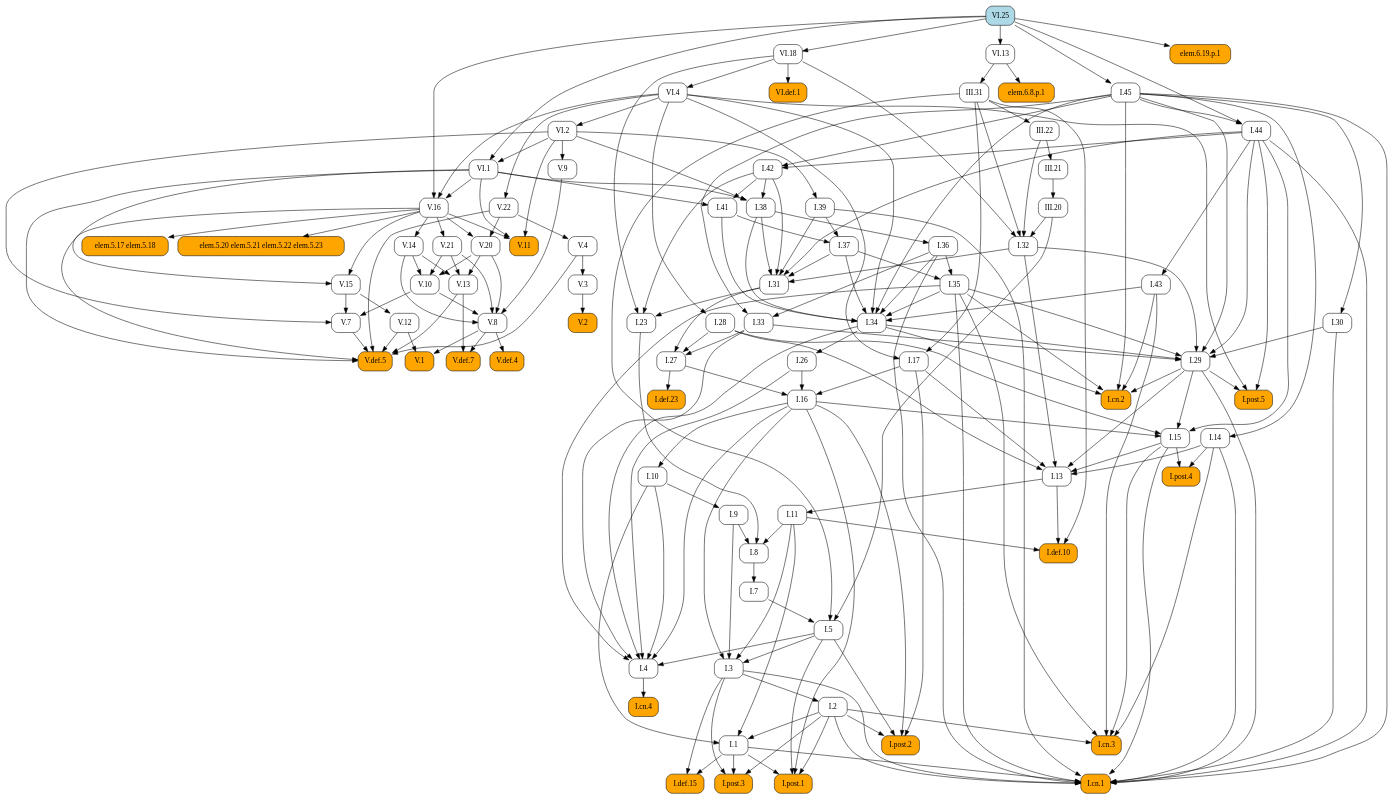
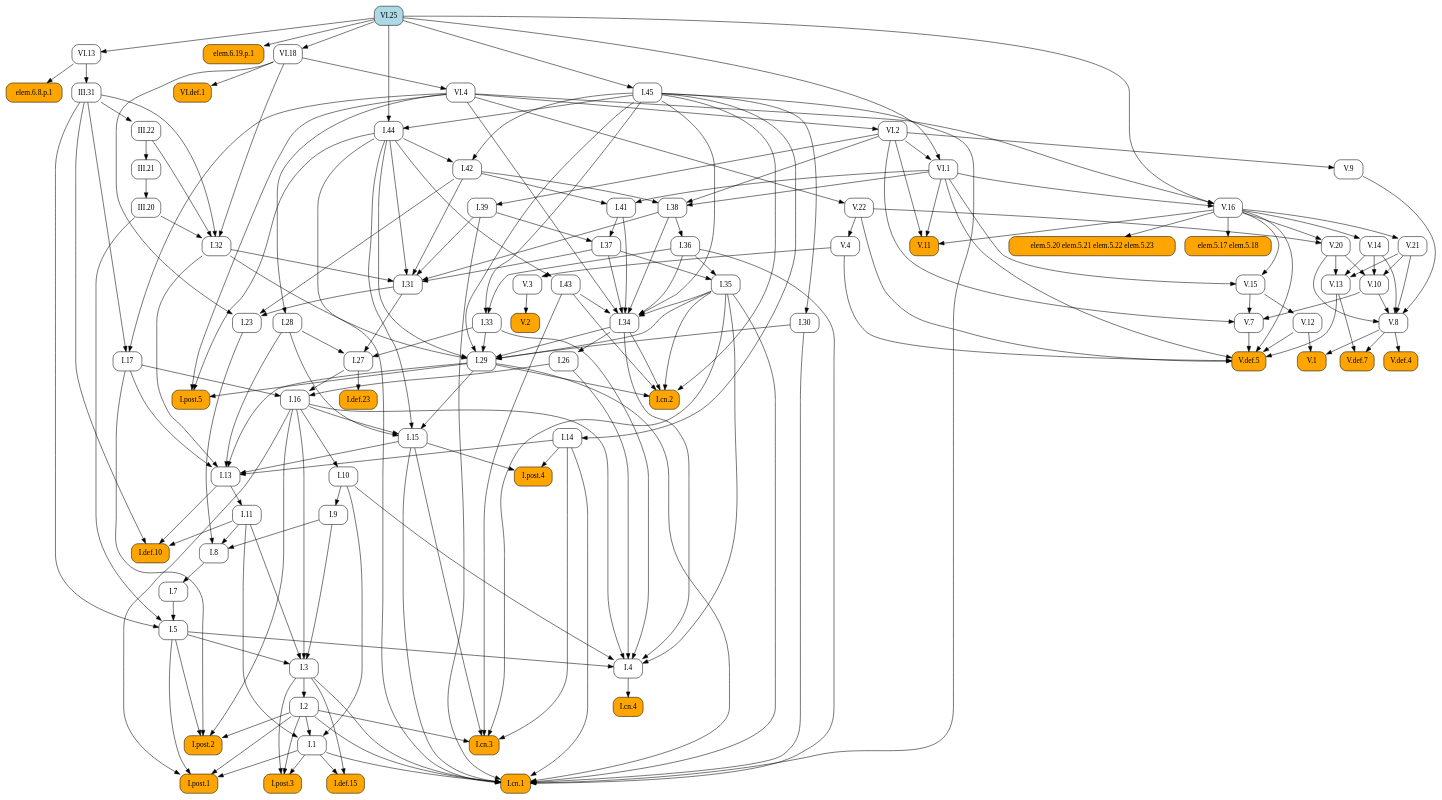
One commit to geometor/elements changed the diagram in docsrc/elements2/VI/25/index.rst. Above: the diagram before and after it, drawn with Graphviz. The commit also changed other lines of this file and 171 other files, not shown here.

```diff
--- a/docsrc/elements2/VI/25/index.rst
+++ b/docsrc/elements2/VI/25/index.rst
@@ -51,178 +51,172 @@
    digraph {
      rankdir="TB";
      node [shape=box, style=rounded];
+     "I.8" [URL="/elements2/I/8/", target="_top"];
+     "V.20" [URL="/elements2/V/20/", target="_top"];
+     "I.36" [URL="/elements2/I/36/", target="_top"];
+     "V.def.5" [style="rounded,filled", fillcolor=orange, URL="/elements2/V/def.5/", target="_top"];
+     "VI.13" [URL="/elements2/VI/13/", target="_top"];
+     "I.38" [URL="/elements2/I/38/", target="_top"];
+     "I.post.5" [style="rounded,filled", fillcolor=orange, URL="/elements2/I/post.5/", target="_top"];
+     "I.def.10" [style="rounded,filled", fillcolor=orange, URL="/elements2/I/def.10/", target="_top"];
+     "I.30" [URL="/elements2/I/30/", target="_top"];
+     "I.cn.2" [style="rounded,filled", fillcolor=orange, URL="/elements2/I/cn.2/", target="_top"];
+     "elem.6.19.p.1" [style="rounded,filled", fillcolor=orange];
+     "III.31" [URL="/elements2/III/31/", target="_top"];
+     "I.31" [URL="/elements2/I/31/", target="_top"];
+     "I.43" [URL="/elements2/I/43/", target="_top"];
+     "I.post.2" [style="rounded,filled", fillcolor=orange, URL="/elements2/I/post.2/", target="_top"];
+     "I.def.23" [style="rounded,filled", fillcolor=orange, URL="/elements2/I/def.23/", target="_top"];
+     "VI.25" [style="rounded,filled", fillcolor=lightblue, URL="/elements2/VI/25/", target="_top"];
+     "I.26" [URL="/elements2/I/26/", target="_top"];
+     "elem.6.8.p.1" [style="rounded,filled", fillcolor=orange];
+     "V.3" [URL="/elements2/V/3/", target="_top"];
+     "I.cn.3" [style="rounded,filled", fillcolor=orange, URL="/elements2/I/cn.3/", target="_top"];
+     "III.20" [URL="/elements2/III/20/", target="_top"];
+     "V.2" [style="rounded,filled", fillcolor=orange, URL="/elements2/V/2/", target="_top"];
+     "V.12" [URL="/elements2/V/12/", target="_top"];
+     "V.22" [URL="/elements2/V/22/", target="_top"];
+     "VI.18" [URL="/elements2/VI/18/", target="_top"];
+     "I.41" [URL="/elements2/I/41/", target="_top"];
+     "I.35" [URL="/elements2/I/35/", target="_top"];
+     "I.28" [URL="/elements2/I/28/", target="_top"];
+     "I.27" [URL="/elements2/I/27/", target="_top"];
+     "I.4" [URL="/elements2/I/4/", target="_top"];
+     "I.44" [URL="/elements2/I/44/", target="_top"];
+     "V.8" [URL="/elements2/V/8/", target="_top"];
+     "VI.2" [URL="/elements2/VI/2/", target="_top"];
+     "I.39" [URL="/elements2/I/39/", target="_top"];
+     "I.15" [URL="/elements2/I/15/", target="_top"];
+     "I.34" [URL="/elements2/I/34/", target="_top"];
+     "I.post.3" [style="rounded,filled", fillcolor=orange, URL="/elements2/I/post.3/", target="_top"];
+     "I.32" [URL="/elements2/I/32/", target="_top"];
+     "V.def.4" [style="rounded,filled", fillcolor=orange, URL="/elements2/V/def.4/", target="_top"];
+     "I.14" [URL="/elements2/I/14/", target="_top"];
+     "I.post.1" [style="rounded,filled", fillcolor=orange, URL="/elements2/I/post.1/", target="_top"];
+     "I.33" [URL="/elements2/I/33/", target="_top"];
+     "I.45" [URL="/elements2/I/45/", target="_top"];
+     "I.5" [URL="/elements2/I/5/", target="_top"];
      "elem.5.17 elem.5.18" [style="rounded,filled", fillcolor=orange];
-     "V.7" [URL="/elements2/V/7/", target="_top"];
+     "VI.1" [URL="/elements2/VI/1/", target="_top"];
+     "V.11" [style="rounded,filled", fillcolor=orange, URL="/elements2/V/11/", target="_top"];
+     "V.13" [URL="/elements2/V/13/", target="_top"];
      "III.22" [URL="/elements2/III/22/", target="_top"];
-     "I.32" [URL="/elements2/I/32/", target="_top"];
-     "III.31" [URL="/elements2/III/31/", target="_top"];
+     "V.9" [URL="/elements2/V/9/", target="_top"];
+     "V.16" [URL="/elements2/V/16/", target="_top"];
+     "I.def.15" [style="rounded,filled", fillcolor=orange, URL="/elements2/I/def.15/", target="_top"];
+     "V.15" [URL="/elements2/V/15/", target="_top"];
+     "I.11" [URL="/elements2/I/11/", target="_top"];
+     "I.3" [URL="/elements2/I/3/", target="_top"];
+     "V.14" [URL="/elements2/V/14/", target="_top"];
      "VI.4" [URL="/elements2/VI/4/", target="_top"];
+     "V.10" [URL="/elements2/V/10/", target="_top"];
+     "I.1" [URL="/elements2/I/1/", target="_top"];
      "I.cn.4" [style="rounded,filled", fillcolor=orange, URL="/elements2/I/cn.4/", target="_top"];
-     "I.post.3" [style="rounded,filled", fillcolor=orange, URL="/elements2/I/post.3/", target="_top"];
-     "VI.13" [URL="/elements2/VI/13/", target="_top"];
-     "V.22" [URL="/elements2/V/22/", target="_top"];
-     "V.def.7" [style="rounded,filled", fillcolor=orange, URL="/elements2/V/def.7/", target="_top"];
-     "I.41" [URL="/elements2/I/41/", target="_top"];
-     "I.27" [URL="/elements2/I/27/", target="_top"];
-     "I.post.2" [style="rounded,filled", fillcolor=orange, URL="/elements2/I/post.2/", target="_top"];
-     "I.13" [URL="/elements2/I/13/", target="_top"];
-     "I.10" [URL="/elements2/I/10/", target="_top"];
-     "I.post.1" [style="rounded,filled", fillcolor=orange, URL="/elements2/I/post.1/", target="_top"];
-     "I.7" [URL="/elements2/I/7/", target="_top"];
-     "VI.def.1" [style="rounded,filled", fillcolor=orange, URL="/elements2/VI/def.1/", target="_top"];
-     "I.45" [URL="/elements2/I/45/", target="_top"];
-     "V.13" [URL="/elements2/V/13/", target="_top"];
-     "V.1" [style="rounded,filled", fillcolor=orange, URL="/elements2/V/1/", target="_top"];
-     "V.16" [URL="/elements2/V/16/", target="_top"];
-     "VI.25" [style="rounded,filled", fillcolor=lightblue, URL="/elements2/VI/25/", target="_top"];
-     "elem.5.20 elem.5.21 elem.5.22 elem.5.23" [style="rounded,filled", fillcolor=orange];
-     "I.9" [URL="/elements2/I/9/", target="_top"];
-     "I.38" [URL="/elements2/I/38/", target="_top"];
-     "I.8" [URL="/elements2/I/8/", target="_top"];
-     "I.15" [URL="/elements2/I/15/", target="_top"];
      "I.23" [URL="/elements2/I/23/", target="_top"];
      "III.21" [URL="/elements2/III/21/", target="_top"];
-     "I.26" [URL="/elements2/I/26/", target="_top"];
-     "III.20" [URL="/elements2/III/20/", target="_top"];
-     "V.4" [URL="/elements2/V/4/", target="_top"];
-     "VI.1" [URL="/elements2/VI/1/", target="_top"];
-     "I.1" [URL="/elements2/I/1/", target="_top"];
-     "I.3" [URL="/elements2/I/3/", target="_top"];
-     "I.cn.3" [style="rounded,filled", fillcolor=orange, URL="/elements2/I/cn.3/", target="_top"];
+     "I.7" [URL="/elements2/I/7/", target="_top"];
+     "I.42" [URL="/elements2/I/42/", target="_top"];
      "I.17" [URL="/elements2/I/17/", target="_top"];
-     "I.37" [URL="/elements2/I/37/", target="_top"];
-     "I.def.10" [style="rounded,filled", fillcolor=orange, URL="/elements2/I/def.10/", target="_top"];
-     "I.34" [URL="/elements2/I/34/", target="_top"];
-     "V.def.5" [style="rounded,filled", fillcolor=orange, URL="/elements2/V/def.5/", target="_top"];
-     "I.def.15" [style="rounded,filled", fillcolor=orange, URL="/elements2/I/def.15/", target="_top"];
-     "I.28" [URL="/elements2/I/28/", target="_top"];
-     "I.36" [URL="/elements2/I/36/", target="_top"];
-     "V.10" [URL="/elements2/V/10/", target="_top"];
-     "V.14" [URL="/elements2/V/14/", target="_top"];
-     "elem.6.19.p.1" [style="rounded,filled", fillcolor=orange];
-     "V.15" [URL="/elements2/V/15/", target="_top"];
-     "I.14" [URL="/elements2/I/14/", target="_top"];
-     "I.11" [URL="/elements2/I/11/", target="_top"];
-     "I.4" [URL="/elements2/I/4/", target="_top"];
+     "I.9" [URL="/elements2/I/9/", target="_top"];
+     "V.1" [style="rounded,filled", fillcolor=orange, URL="/elements2/V/1/", target="_top"];
+     "V.7" [URL="/elements2/V/7/", target="_top"];
+     "I.29" [URL="/elements2/I/29/", target="_top"];
      "I.16" [URL="/elements2/I/16/", target="_top"];
      "V.21" [URL="/elements2/V/21/", target="_top"];
-     "I.def.23" [style="rounded,filled", fillcolor=orange, URL="/elements2/I/def.23/", target="_top"];
+     "elem.5.20 elem.5.21 elem.5.22 elem.5.23" [style="rounded,filled", fillcolor=orange];
+     "I.cn.1" [style="rounded,filled", fillcolor=orange, URL="/elements2/I/cn.1/", target="_top"];
+     "I.post.4" [style="rounded,filled", fillcolor=orange, URL="/elements2/I/post.4/", target="_top"];
+     "I.13" [URL="/elements2/I/13/", target="_top"];
+     "VI.def.1" [style="rounded,filled", fillcolor=orange, URL="/elements2/VI/def.1/", target="_top"];
      "I.2" [URL="/elements2/I/2/", target="_top"];
-     "I.cn.2" [style="rounded,filled", fillcolor=orange, URL="/elements2/I/cn.2/", target="_top"];
-     "I.post.5" [style="rounded,filled", fillcolor=orange, URL="/elements2/I/post.5/", target="_top"];
-     "VI.2" [URL="/elements2/VI/2/", target="_top"];
-     "V.3" [URL="/elements2/V/3/", target="_top"];
-     "I.42" [URL="/elements2/I/42/", target="_top"];
-     "I.44" [URL="/elements2/I/44/", target="_top"];
-     "elem.6.8.p.1" [style="rounded,filled", fillcolor=orange];
-     "I.35" [URL="/elements2/I/35/", target="_top"];
-     "V.def.4" [style="rounded,filled", fillcolor=orange, URL="/elements2/V/def.4/", target="_top"];
-     "VI.18" [URL="/elements2/VI/18/", target="_top"];
-     "V.11" [style="rounded,filled", fillcolor=orange, URL="/elements2/V/11/", target="_top"];
-     "I.43" [URL="/elements2/I/43/", target="_top"];
-     "V.12" [URL="/elements2/V/12/", target="_top"];
-     "I.33" [URL="/elements2/I/33/", target="_top"];
-     "I.31" [URL="/elements2/I/31/", target="_top"];
-     "V.2" [style="rounded,filled", fillcolor=orange, URL="/elements2/V/2/", target="_top"];
-     "I.30" [URL="/elements2/I/30/", target="_top"];
-     "I.post.4" [style="rounded,filled", fillcolor=orange, URL="/elements2/I/post.4/", target="_top"];
-     "I.39" [URL="/elements2/I/39/", target="_top"];
-     "I.cn.1" [style="rounded,filled", fillcolor=orange, URL="/elements2/I/cn.1/", target="_top"];
-     "V.9" [URL="/elements2/V/9/", target="_top"];
-     "I.29" [URL="/elements2/I/29/", target="_top"];
-     "I.5" [URL="/elements2/I/5/", target="_top"];
-     "V.8" [URL="/elements2/V/8/", target="_top"];
-     "V.20" [URL="/elements2/V/20/", target="_top"];
-     "V.16" -> "elem.5.17 elem.5.18";
-     "V.10" -> "V.7";
-     "V.15" -> "V.7";
-     "VI.2" -> "V.7";
-     "III.31" -> "III.22";
-     "III.20" -> "I.32";
-     "III.22" -> "I.32";
-     "III.31" -> "I.32";
-     "VI.18" -> "I.32";
+     "I.37" [URL="/elements2/I/37/", target="_top"];
+     "I.10" [URL="/elements2/I/10/", target="_top"];
+     "V.def.7" [style="rounded,filled", fillcolor=orange, URL="/elements2/V/def.7/", target="_top"];
+     "V.4" [URL="/elements2/V/4/", target="_top"];
+     "I.9" -> "I.8";
+     "I.11" -> "I.8";
+     "I.23" -> "I.8";
+     "V.16" -> "V.20";
+     "V.22" -> "V.20";
+     "I.38" -> "I.36";
+     "V.4" -> "V.def.5";
+     "V.7" -> "V.def.5";
+     "V.12" -> "V.def.5";
+     "V.13" -> "V.def.5";
+     "V.16" -> "V.def.5";
+     "V.22" -> "V.def.5";
+     "VI.1" -> "V.def.5";
+     "VI.25" -> "VI.13";
+     "I.42" -> "I.38";
+     "VI.1" -> "I.38";
+     "VI.2" -> "I.38";
+     "I.29" -> "I.post.5";
+     "I.44" -> "I.post.5";
+     "VI.4" -> "I.post.5";
+     "I.11" -> "I.def.10";
+     "I.13" -> "I.def.10";
+     "III.31" -> "I.def.10";
+     "I.45" -> "I.30";
+     "I.29" -> "I.cn.2";
+     "I.34" -> "I.cn.2";
+     "I.35" -> "I.cn.2";
+     "I.43" -> "I.cn.2";
+     "I.45" -> "I.cn.2";
+     "VI.25" -> "elem.6.19.p.1";
      "VI.13" -> "III.31";
-     "VI.18" -> "VI.4";
-     "I.4" -> "I.cn.4";
-     "I.1" -> "I.post.3";
-     "I.2" -> "I.post.3";
-     "I.3" -> "I.post.3";
-     "VI.25" -> "VI.13";
-     "VI.4" -> "V.22";
-     "V.8" -> "V.def.7";
-     "V.13" -> "V.def.7";
-     "I.42" -> "I.41";
-     "VI.1" -> "I.41";
-     "I.28" -> "I.27";
-     "I.31" -> "I.27";
-     "I.33" -> "I.27";
+     "I.32" -> "I.31";
+     "I.37" -> "I.31";
+     "I.38" -> "I.31";
+     "I.39" -> "I.31";
+     "I.42" -> "I.31";
+     "I.44" -> "I.31";
+     "I.44" -> "I.43";
      "I.2" -> "I.post.2";
      "I.5" -> "I.post.2";
      "I.16" -> "I.post.2";
      "I.17" -> "I.post.2";
-     "I.14" -> "I.13";
-     "I.15" -> "I.13";
-     "I.17" -> "I.13";
-     "I.28" -> "I.13";
-     "I.29" -> "I.13";
-     "I.32" -> "I.13";
-     "I.16" -> "I.10";
-     "I.1" -> "I.post.1";
-     "I.2" -> "I.post.1";
-     "I.5" -> "I.post.1";
-     "I.16" -> "I.post.1";
-     "I.8" -> "I.7";
-     "VI.18" -> "VI.def.1";
-     "VI.25" -> "I.45";
-     "V.14" -> "V.13";
-     "V.20" -> "V.13";
-     "V.21" -> "V.13";
-     "V.8" -> "V.1";
-     "V.12" -> "V.1";
-     "VI.1" -> "V.16";
-     "VI.4" -> "V.16";
-     "VI.25" -> "V.16";
-     "V.16" -> "elem.5.20 elem.5.21 elem.5.22 elem.5.23";
-     "I.10" -> "I.9";
-     "I.42" -> "I.38";
-     "VI.1" -> "I.38";
-     "VI.2" -> "I.38";
-     "I.9" -> "I.8";
-     "I.11" -> "I.8";
-     "I.23" -> "I.8";
-     "I.16" -> "I.15";
-     "I.28" -> "I.15";
-     "I.29" -> "I.15";
-     "I.44" -> "I.15";
-     "I.31" -> "I.23";
-     "I.42" -> "I.23";
-     "VI.18" -> "I.23";
-     "III.22" -> "III.21";
+     "I.27" -> "I.def.23";
      "I.34" -> "I.26";
-     "III.21" -> "III.20";
-     "V.22" -> "V.4";
-     "VI.2" -> "VI.1";
-     "VI.25" -> "VI.1";
-     "I.2" -> "I.1";
-     "I.10" -> "I.1";
-     "I.11" -> "I.1";
-     "I.5" -> "I.3";
-     "I.9" -> "I.3";
-     "I.11" -> "I.3";
-     "I.16" -> "I.3";
+     "VI.13" -> "elem.6.8.p.1";
+     "V.4" -> "V.3";
      "I.2" -> "I.cn.3";
      "I.14" -> "I.cn.3";
      "I.15" -> "I.cn.3";
      "I.35" -> "I.cn.3";
      "I.43" -> "I.cn.3";
-     "III.31" -> "I.17";
-     "VI.4" -> "I.17";
-     "I.39" -> "I.37";
-     "I.41" -> "I.37";
-     "I.11" -> "I.def.10";
-     "I.13" -> "I.def.10";
-     "III.31" -> "I.def.10";
+     "III.21" -> "III.20";
+     "V.3" -> "V.2";
+     "V.15" -> "V.12";
+     "VI.4" -> "V.22";
+     "VI.25" -> "VI.18";
+     "I.42" -> "I.41";
+     "VI.1" -> "I.41";
+     "I.36" -> "I.35";
+     "I.37" -> "I.35";
+     "VI.4" -> "I.28";
+     "I.28" -> "I.27";
+     "I.31" -> "I.27";
+     "I.33" -> "I.27";
+     "I.5" -> "I.4";
+     "I.10" -> "I.4";
+     "I.16" -> "I.4";
+     "I.26" -> "I.4";
+     "I.33" -> "I.4";
+     "I.34" -> "I.4";
+     "I.35" -> "I.4";
+     "I.45" -> "I.44";
+     "VI.25" -> "I.44";
+     "V.9" -> "V.8";
+     "V.10" -> "V.8";
+     "V.14" -> "V.8";
+     "V.20" -> "V.8";
+     "V.21" -> "V.8";
+     "VI.4" -> "VI.2";
+     "VI.2" -> "I.39";
+     "I.16" -> "I.15";
+     "I.28" -> "I.15";
+     "I.29" -> "I.15";
+     "I.44" -> "I.15";
      "I.35" -> "I.34";
      "I.36" -> "I.34";
      "I.37" -> "I.34";
@@ -231,76 +225,84 @@
      "I.43" -> "I.34";
      "I.45" -> "I.34";
      "VI.4" -> "I.34";
-     "V.4" -> "V.def.5";
-     "V.7" -> "V.def.5";
-     "V.12" -> "V.def.5";
-     "V.13" -> "V.def.5";
-     "V.16" -> "V.def.5";
-     "V.22" -> "V.def.5";
-     "VI.1" -> "V.def.5";
+     "I.1" -> "I.post.3";
+     "I.2" -> "I.post.3";
+     "I.3" -> "I.post.3";
+     "III.20" -> "I.32";
+     "III.22" -> "I.32";
+     "III.31" -> "I.32";
+     "VI.18" -> "I.32";
+     "V.8" -> "V.def.4";
+     "I.45" -> "I.14";
+     "I.1" -> "I.post.1";
+     "I.2" -> "I.post.1";
+     "I.5" -> "I.post.1";
+     "I.16" -> "I.post.1";
+     "I.36" -> "I.33";
+     "I.45" -> "I.33";
+     "VI.25" -> "I.45";
+     "I.7" -> "I.5";
+     "III.20" -> "I.5";
+     "III.31" -> "I.5";
+     "V.16" -> "elem.5.17 elem.5.18";
+     "VI.2" -> "VI.1";
+     "VI.25" -> "VI.1";
+     "V.16" -> "V.11";
+     "VI.1" -> "V.11";
+     "VI.2" -> "V.11";
+     "V.14" -> "V.13";
+     "V.20" -> "V.13";
+     "V.21" -> "V.13";
+     "III.31" -> "III.22";
+     "VI.2" -> "V.9";
+     "VI.1" -> "V.16";
+     "VI.4" -> "V.16";
+     "VI.25" -> "V.16";
      "I.1" -> "I.def.15";
      "I.3" -> "I.def.15";
-     "VI.4" -> "I.28";
-     "I.38" -> "I.36";
+     "V.16" -> "V.15";
+     "VI.1" -> "V.15";
+     "I.13" -> "I.11";
+     "I.5" -> "I.3";
+     "I.9" -> "I.3";
+     "I.11" -> "I.3";
+     "I.16" -> "I.3";
+     "V.16" -> "V.14";
+     "VI.18" -> "VI.4";
      "V.14" -> "V.10";
      "V.20" -> "V.10";
      "V.21" -> "V.10";
-     "V.16" -> "V.14";
-     "VI.25" -> "elem.6.19.p.1";
-     "V.16" -> "V.15";
-     "VI.1" -> "V.15";
-     "I.45" -> "I.14";
-     "I.13" -> "I.11";
-     "I.5" -> "I.4";
-     "I.10" -> "I.4";
-     "I.16" -> "I.4";
-     "I.26" -> "I.4";
-     "I.33" -> "I.4";
-     "I.34" -> "I.4";
-     "I.35" -> "I.4";
+     "I.2" -> "I.1";
+     "I.10" -> "I.1";
+     "I.11" -> "I.1";
+     "I.4" -> "I.cn.4";
+     "I.31" -> "I.23";
+     "I.42" -> "I.23";
+     "VI.18" -> "I.23";
+     "III.22" -> "III.21";
+     "I.8" -> "I.7";
+     "I.44" -> "I.42";
+     "I.45" -> "I.42";
+     "III.31" -> "I.17";
+     "VI.4" -> "I.17";
+     "I.10" -> "I.9";
+     "V.8" -> "V.1";
+     "V.12" -> "V.1";
+     "V.10" -> "V.7";
+     "V.15" -> "V.7";
+     "VI.2" -> "V.7";
+     "I.30" -> "I.29";
+     "I.32" -> "I.29";
+     "I.33" -> "I.29";
+     "I.34" -> "I.29";
+     "I.35" -> "I.29";
+     "I.44" -> "I.29";
+     "I.45" -> "I.29";
      "I.17" -> "I.16";
      "I.26" -> "I.16";
      "I.27" -> "I.16";
      "V.16" -> "V.21";
-     "I.27" -> "I.def.23";
-     "I.3" -> "I.2";
-     "I.29" -> "I.cn.2";
-     "I.34" -> "I.cn.2";
-     "I.35" -> "I.cn.2";
-     "I.43" -> "I.cn.2";
-     "I.45" -> "I.cn.2";
-     "I.29" -> "I.post.5";
-     "I.44" -> "I.post.5";
-     "VI.4" -> "I.post.5";
-     "VI.4" -> "VI.2";
-     "V.4" -> "V.3";
-     "I.44" -> "I.42";
-     "I.45" -> "I.42";
-     "I.45" -> "I.44";
-     "VI.25" -> "I.44";
-     "VI.13" -> "elem.6.8.p.1";
-     "I.36" -> "I.35";
-     "I.37" -> "I.35";
-     "V.8" -> "V.def.4";
-     "VI.25" -> "VI.18";
-     "V.16" -> "V.11";
-     "VI.1" -> "V.11";
-     "VI.2" -> "V.11";
-     "I.44" -> "I.43";
-     "V.15" -> "V.12";
-     "I.36" -> "I.33";
-     "I.45" -> "I.33";
-     "I.32" -> "I.31";
-     "I.37" -> "I.31";
-     "I.38" -> "I.31";
-     "I.39" -> "I.31";
-     "I.42" -> "I.31";
-     "I.44" -> "I.31";
-     "V.3" -> "V.2";
-     "I.45" -> "I.30";
-     "I.14" -> "I.post.4";
-     "I.15" -> "I.post.4";
-     "VI.2" -> "I.39";
+     "V.16" -> "elem.5.20 elem.5.21 elem.5.22 elem.5.23";
      "I.1" -> "I.cn.1";
      "I.2" -> "I.cn.1";
      "I.3" -> "I.cn.1";
@@ -313,22 +315,20 @@
      "I.39" -> "I.cn.1";
      "I.44" -> "I.cn.1";
      "I.45" -> "I.cn.1";
-     "VI.2" -> "V.9";
-     "I.30" -> "I.29";
-     "I.32" -> "I.29";
-     "I.33" -> "I.29";
-     "I.34" -> "I.29";
-     "I.35" -> "I.29";
-     "I.44" -> "I.29";
-     "I.45" -> "I.29";
-     "I.7" -> "I.5";
-     "III.20" -> "I.5";
-     "III.31" -> "I.5";
-     "V.9" -> "V.8";
-     "V.10" -> "V.8";
-     "V.14" -> "V.8";
-     "V.20" -> "V.8";
-     "V.21" -> "V.8";
-     "V.16" -> "V.20";
-     "V.22" -> "V.20";
+     "I.14" -> "I.post.4";
+     "I.15" -> "I.post.4";
+     "I.14" -> "I.13";
+     "I.15" -> "I.13";
+     "I.17" -> "I.13";
+     "I.28" -> "I.13";
+     "I.29" -> "I.13";
+     "I.32" -> "I.13";
+     "VI.18" -> "VI.def.1";
+     "I.3" -> "I.2";
+     "I.39" -> "I.37";
+     "I.41" -> "I.37";
+     "I.16" -> "I.10";
+     "V.8" -> "V.def.7";
+     "V.13" -> "V.def.7";
+     "V.22" -> "V.4";
    }
```
